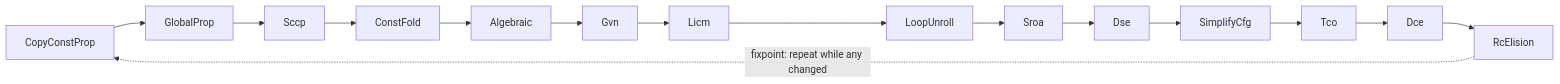
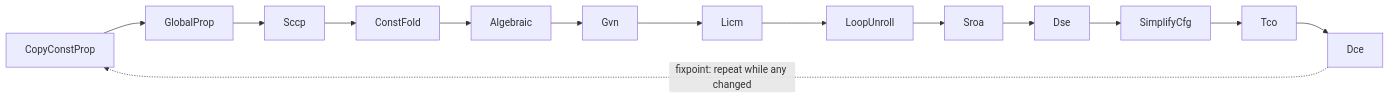
One commit to sps014/dream changed the second of 2 diagrams in docs/compiler/05-writing-passes.md. Above: the diagram before and after it, drawn with Mermaid. The commit also changed other lines of this file and 122 other files, not shown here.

````diff
--- a/docs/compiler/05-writing-passes.md
+++ b/docs/compiler/05-writing-passes.md
@@ -51,6 +51,6 @@
 ```mermaid
 flowchart LR
     p1[CopyConstProp] --> p2[GlobalProp] --> p3[Sccp] --> p4[ConstFold] --> p5[Algebraic] --> p6[Gvn]
-    p6 --> p7[Licm] --> p8[LoopUnroll] --> p9[Sroa] --> p10[Dse] --> p11[SimplifyCfg] --> p12[Tco] --> p13[Dce] --> p14[RcElision]
-    p14 -.fixpoint: repeat while any changed.-> p1
+    p6 --> p7[Licm] --> p8[LoopUnroll] --> p9[Sroa] --> p10[Dse] --> p11[SimplifyCfg] --> p12[Tco] --> p13[Dce]
+    p13 -.fixpoint: repeat while any changed.-> p1
 ```
````
